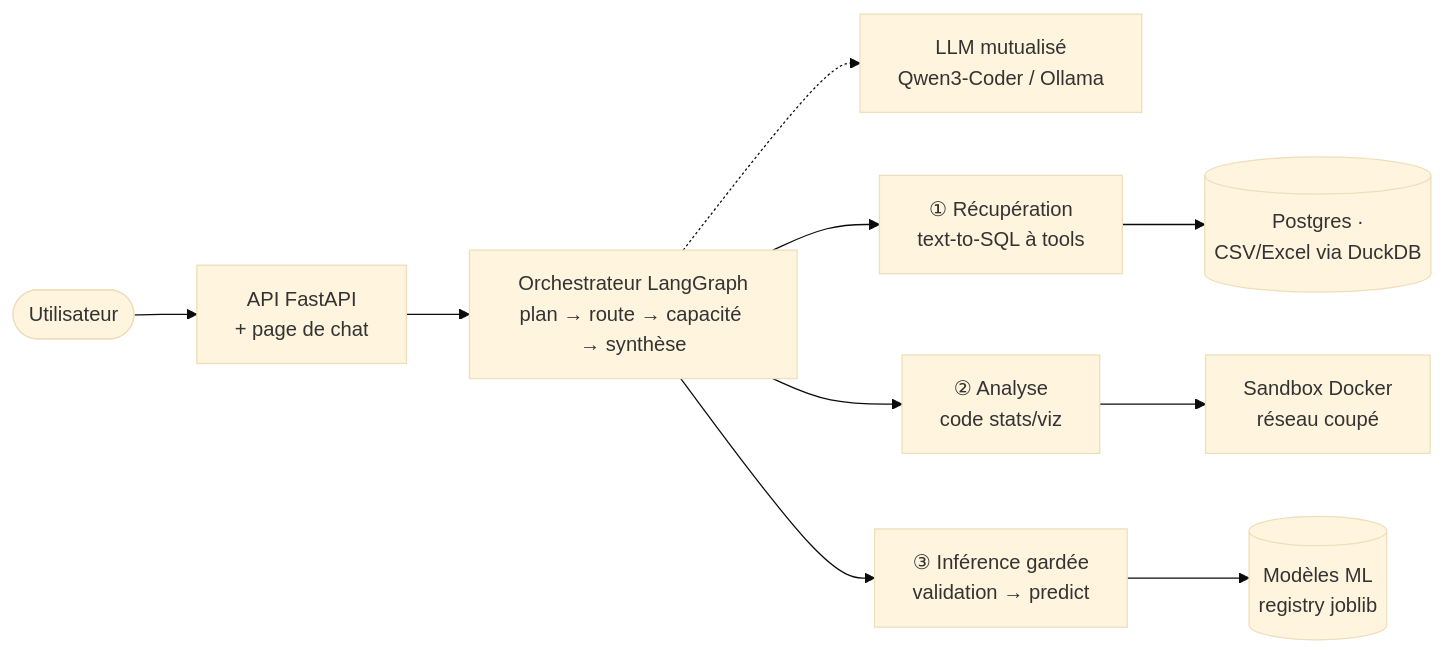
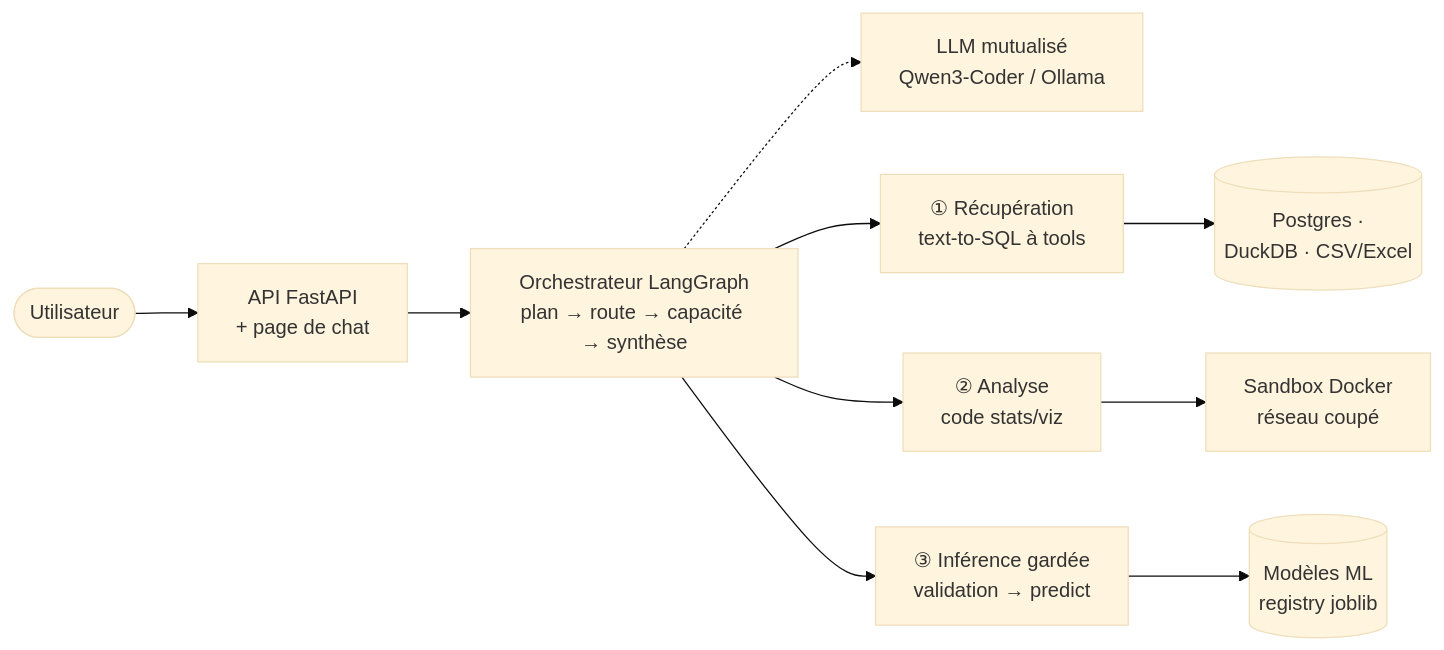
Before and after one commit to floSa/data-analyst-agent: the diagram in README.md, drawn with Mermaid (base theme). The commit also changed other lines of this file and 64 other files, not shown here.

````diff
--- a/README.md
+++ b/README.md
@@ -19,12 +21,12 @@
 ```mermaid
 flowchart LR
     U(["Utilisateur"]) --> API["API FastAPI<br/>+ page de chat"]
     API --> O["Orchestrateur LangGraph<br/>plan → route → capacité → synthèse"]
     O -.-> L["LLM mutualisé<br/>Qwen3-Coder / Ollama"]
     O --> R["① Récupération<br/>text-to-SQL à tools"]
     O --> A["② Analyse<br/>code stats/viz"]
     O --> I["③ Inférence gardée<br/>validation → predict"]
-    R --> D[("Postgres ·<br/>CSV/Excel via DuckDB")]
+    R --> D[("Postgres ·<br/>DuckDB · CSV/Excel")]
     A --> S["Sandbox Docker<br/>réseau coupé"]
     I --> M[("Modèles ML<br/>registry joblib")]
 ```
````
